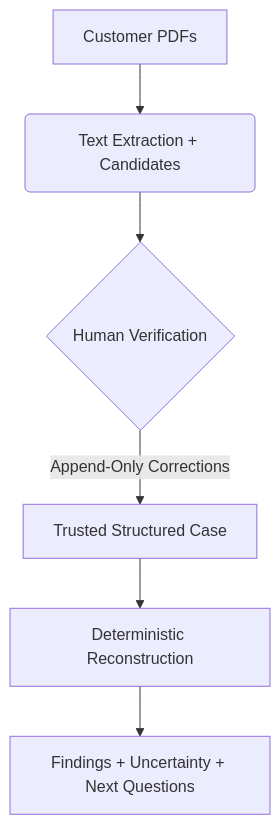
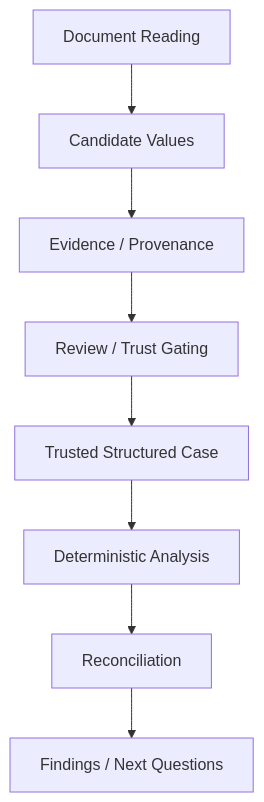
The first of 3 diagrams in README.md (Sohamgaonkhadkar/claimcheck), drawn with Mermaid before and after one commit. The commit also changed other lines of this file, not shown here.

````diff
--- a/README.md
+++ b/README.md
@@ -36,8 +33,10 @@
 ```mermaid
-graph TD
-    A[Customer PDFs] --> B(Text Extraction + Candidates)
-    B --> C{Human Verification}
-    C -->|Append-Only Corrections| D[Trusted Structured Case]
-    D --> E[Deterministic Reconstruction]
-    E --> F[Findings + Uncertainty + Next Questions]
+flowchart TD
+    A[Document Reading] --> B[Candidate Values]
+    B --> C[Evidence / Provenance]
+    C --> D[Review / Trust Gating]
+    D --> E[Trusted Structured Case]
+    E --> F[Deterministic Analysis]
+    F --> G[Reconciliation]
+    G --> H[Findings / Next Questions]
 ```
````
